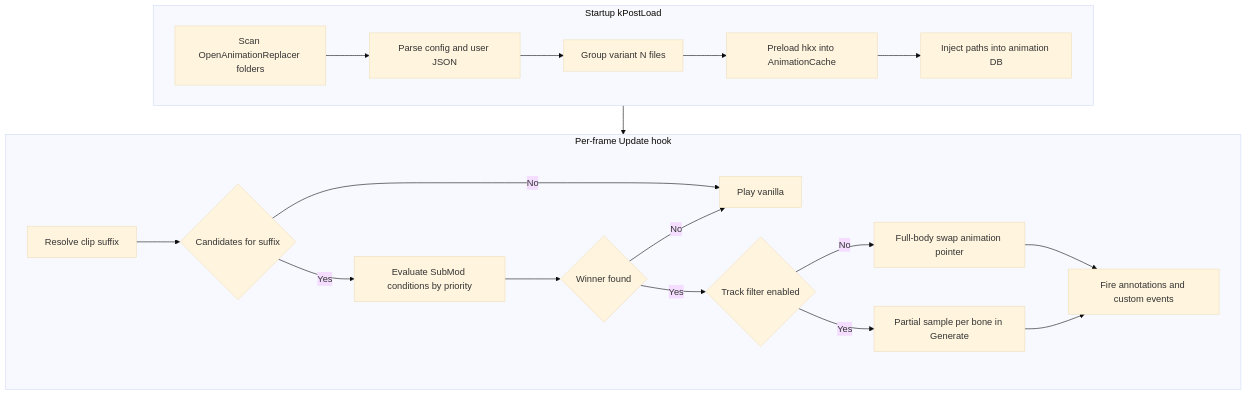
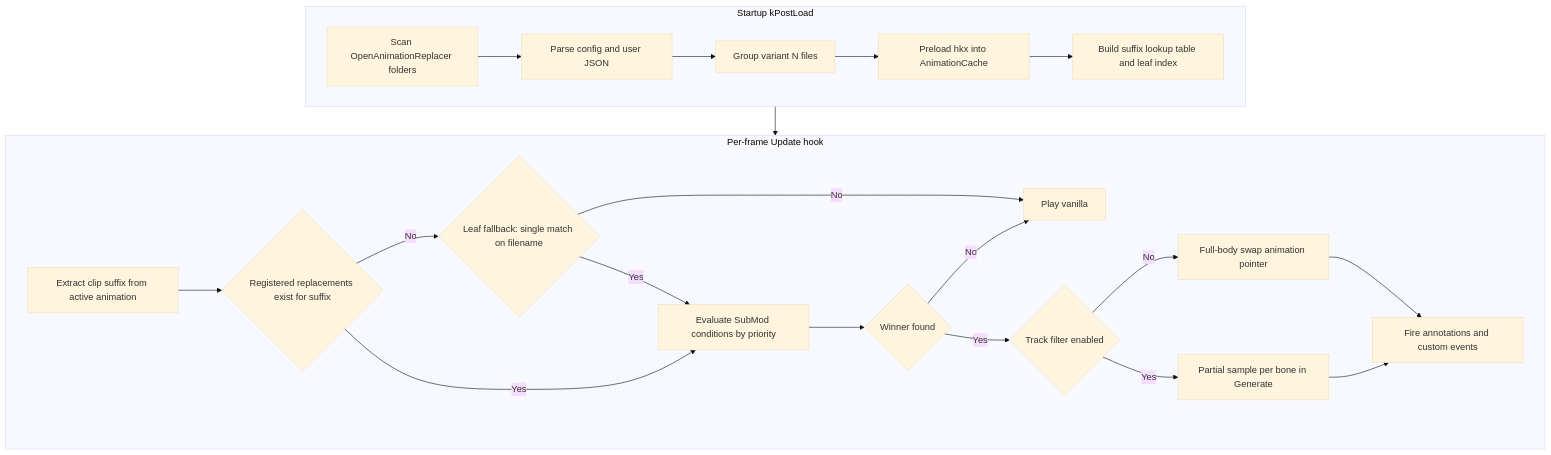
The first of 6 diagrams in README.md (DCCStudios/F4-OpenAnimationReplacer), drawn with Mermaid (base theme) before and after one commit. The commit also changed other lines of this file, not shown here.

````diff
--- a/README.md
+++ b/README.md
@@ -48,24 +51,26 @@
 ```mermaid
 flowchart TB
     subgraph load ["Startup kPostLoad"]
         A[Scan OpenAnimationReplacer folders] --> B[Parse config and user JSON]
         B --> C[Group variant N files]
         C --> D[Preload hkx into AnimationCache]
-        D --> E[Inject paths into animation DB]
+        D --> E[Build suffix lookup table and leaf index]
     end
 
     subgraph runtime ["Per-frame Update hook"]
-        F[Resolve clip suffix] --> G{Candidates for suffix}
-        G -->|No| H[Play vanilla]
+        F[Extract clip suffix from active animation] --> G{Registered replacements exist for suffix}
+        G -->|No| G2{Leaf fallback: single match on filename}
+        G2 -->|No| H[Play vanilla]
+        G2 -->|Yes| I
         G -->|Yes| I[Evaluate SubMod conditions by priority]
         I --> J{Winner found}
         J -->|No| H
         J -->|Yes| K{Track filter enabled}
         K -->|No| L[Full-body swap animation pointer]
         K -->|Yes| M[Partial sample per bone in Generate]
         L --> N[Fire annotations and custom events]
         M --> N
     end
 
     load --> runtime
 ```
````
